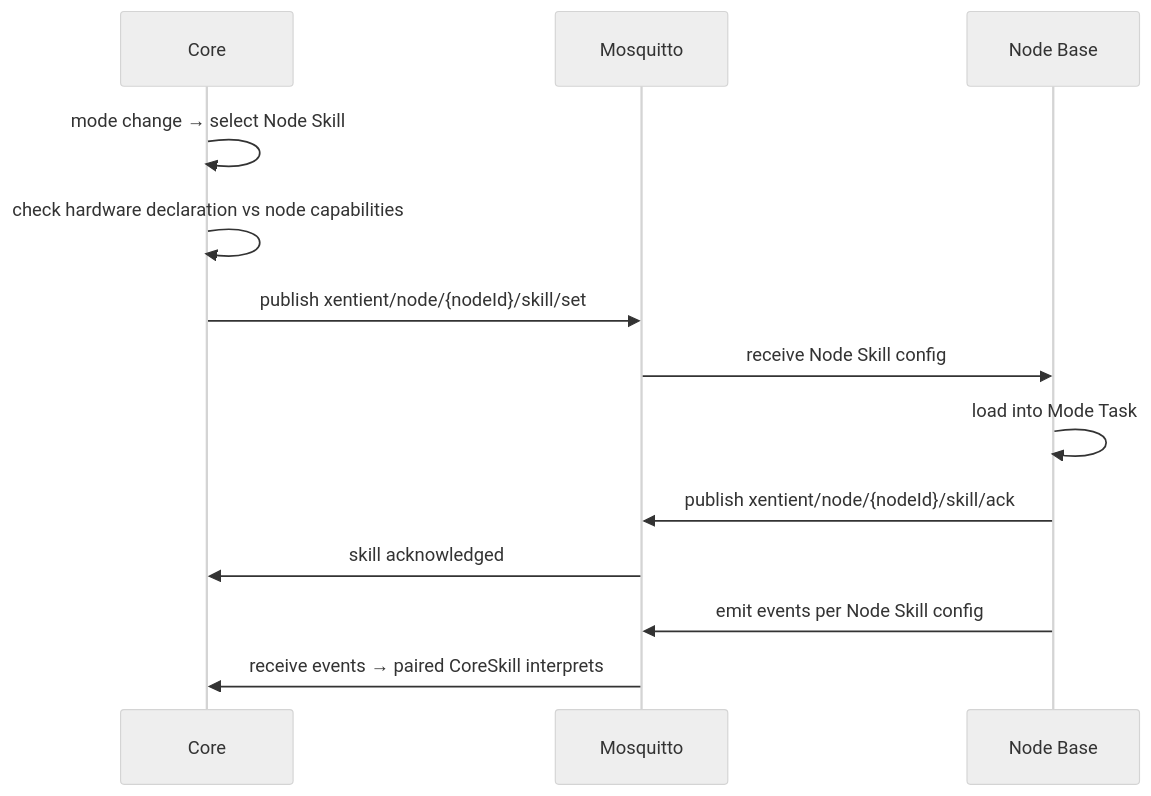
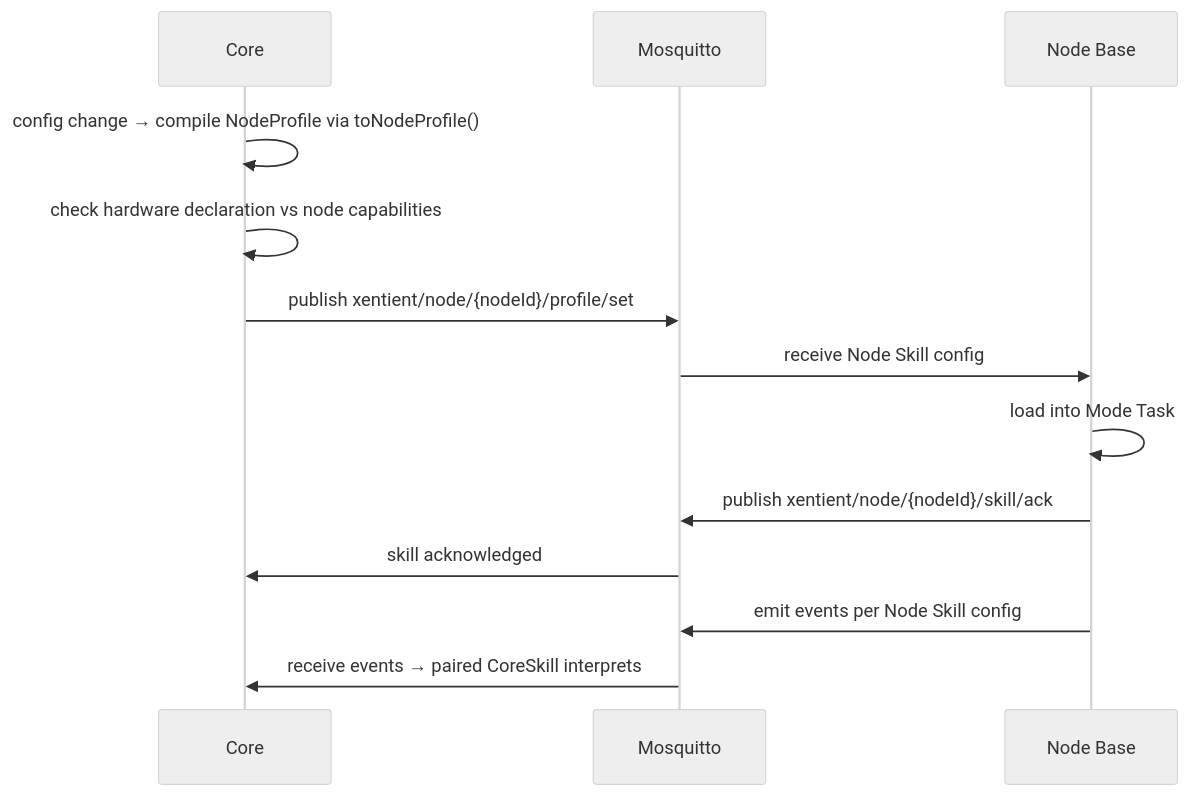
The seventh of 8 diagrams in docs/ARCHITECTURE.md (daviddatuX25/Xentient), drawn with Mermaid (neutral theme) before and after one commit. The commit also changed other lines of this file and 7 other files, not shown here.

First line of the commit message:
docs: realign all docs to configuration-centric architecture (Sprint 9)

````diff
--- a/docs/ARCHITECTURE.md
+++ b/docs/ARCHITECTURE.md
@@ -245,16 +281,16 @@
 ```mermaid
 sequenceDiagram
     participant CORE as Core
     participant MQTT as Mosquitto
     participant NODE as Node Base
 
-    CORE->>CORE: mode change → select Node Skill
+    CORE->>CORE: config change → compile NodeProfile via toNodeProfile()
     CORE->>CORE: check hardware declaration vs node capabilities
-    CORE->>MQTT: publish xentient/node/{nodeId}/skill/set
+    CORE->>MQTT: publish xentient/node/{nodeId}/profile/set
     MQTT->>NODE: receive Node Skill config
     NODE->>NODE: load into Mode Task
     NODE->>MQTT: publish xentient/node/{nodeId}/skill/ack
     MQTT->>CORE: skill acknowledged
     NODE->>MQTT: emit events per Node Skill config
     MQTT->>CORE: receive events → paired CoreSkill interprets
 ```
````
